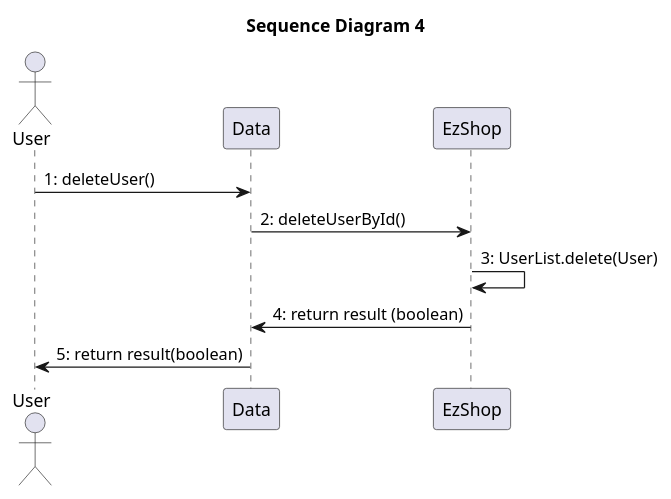
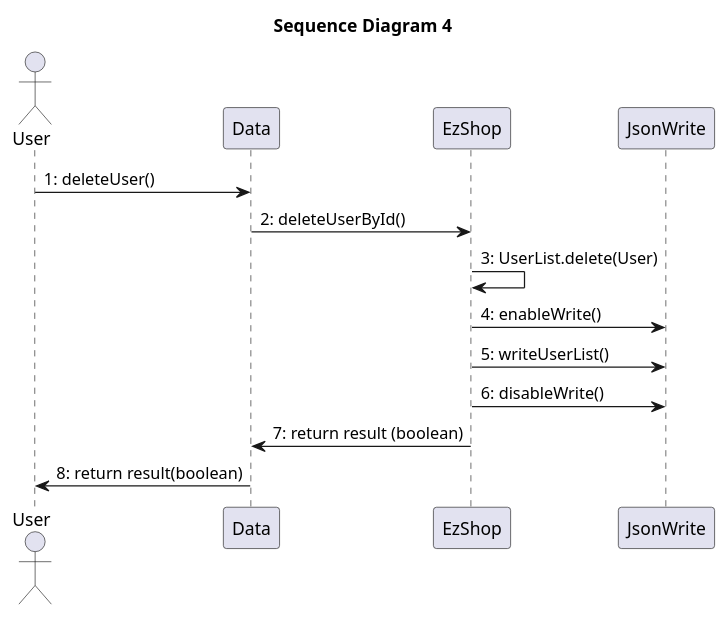
Before and after one commit to paolotron/EzshoProject31: the sixth of 15 diagrams in Deliverables/DesignDocument.md, drawn with PlantUML. The commit also changed other lines of this file, not shown here.

````diff
--- a/Deliverables/DesignDocument.md
+++ b/Deliverables/DesignDocument.md
@@ -373,14 +371,18 @@
 ``` plantuml
 @startuml
 title "Sequence Diagram 4"
 actor User as U1
 participant Data
 participant EzShop
+participant JsonWrite as JW
 
 U1->Data: 1: deleteUser()
 Data->EzShop: 2: deleteUserById()
 EzShop->EzShop: 3: UserList.delete(User)
-EzShop->Data: 4: return result (boolean)
-Data->U1: 5: return result(boolean)
+EzShop -> JW: 4: enableWrite()
+EzShop -> JW: 5: writeUserList()
+EzShop -> JW: 6: disableWrite()
+EzShop->Data: 7: return result (boolean)
+Data->U1: 8: return result(boolean)
 @enduml
 ```
````
